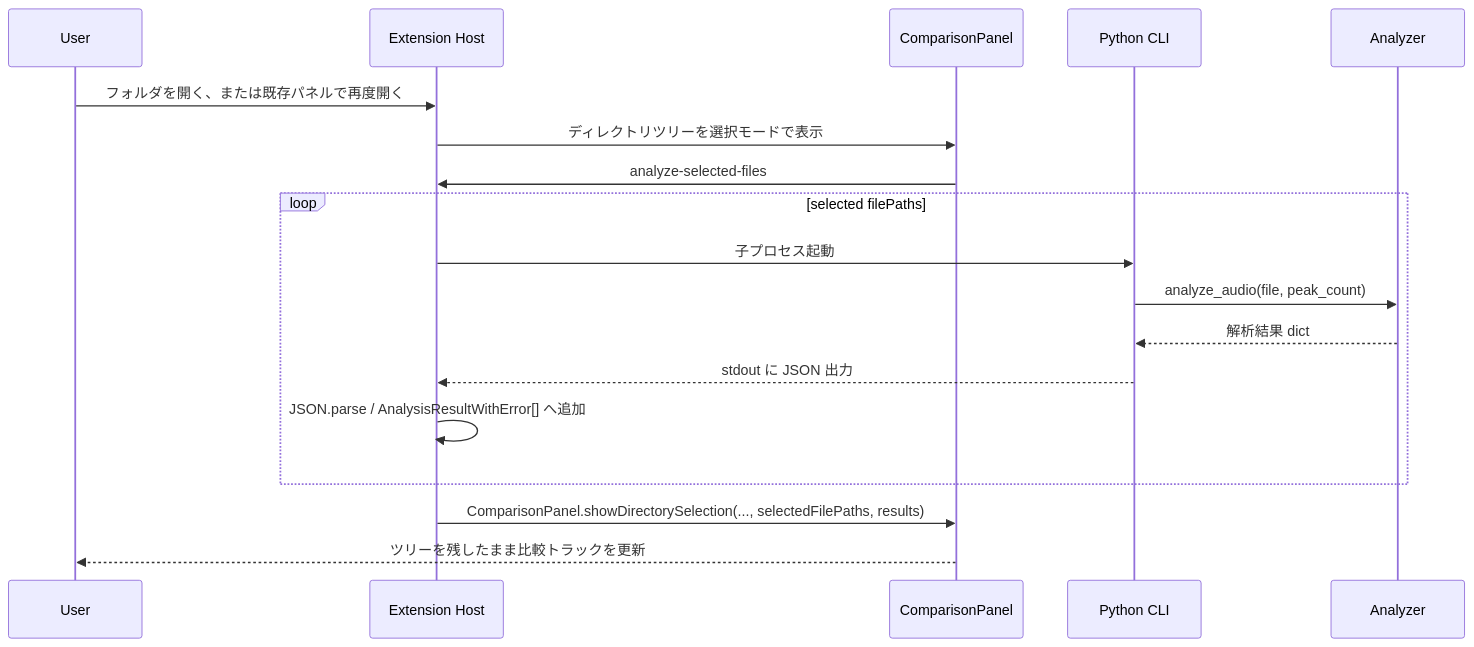
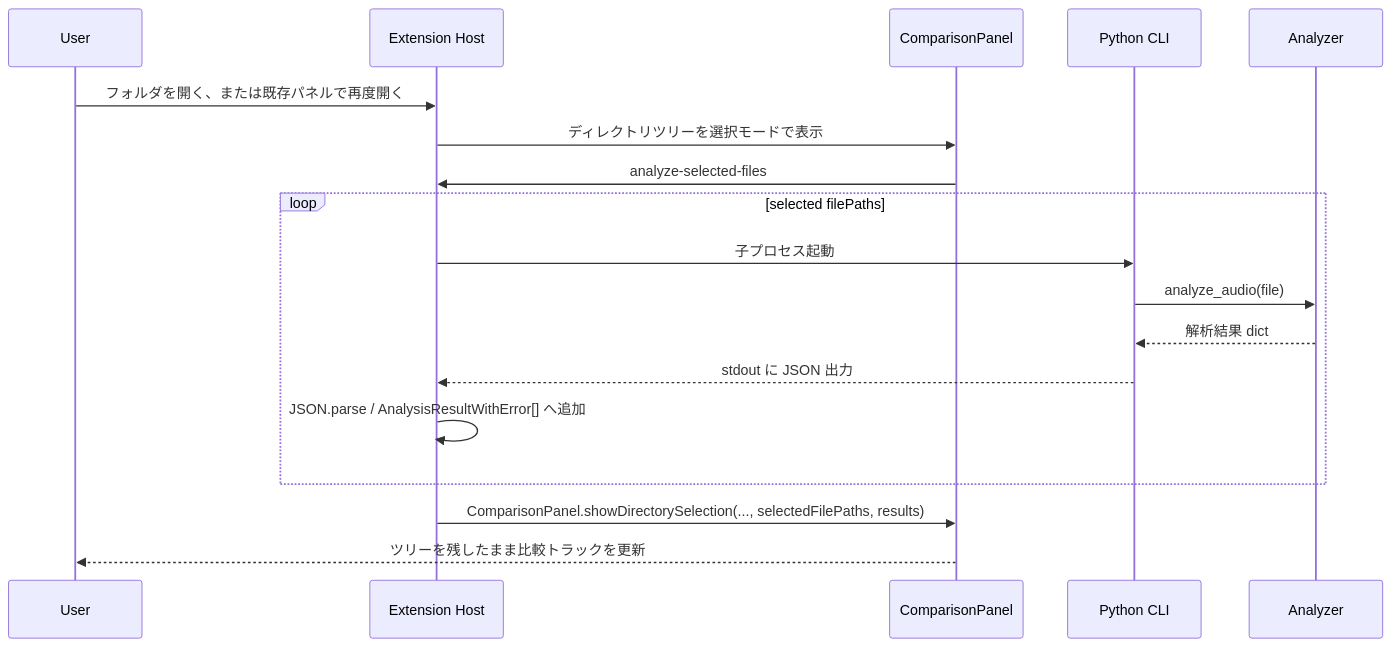
The fourth of 4 diagrams in docs/architecture.md (kasahart/audio-wandas-analyzer), drawn with Mermaid before and after one commit. The commit also changed other lines of this file and 39 other files, not shown here.

````diff
--- a/docs/architecture.md
+++ b/docs/architecture.md
@@ -260,21 +260,21 @@
 ```mermaid
 sequenceDiagram
     participant U as User
     participant E as Extension Host
     participant C as ComparisonPanel
     participant P as Python CLI
     participant A as Analyzer
 
     U->>E: フォルダを開く、または既存パネルで再度開く
     E->>C: ディレクトリツリーを選択モードで表示
     C->>E: analyze-selected-files
     loop selected filePaths
         E->>P: 子プロセス起動
-        P->>A: analyze_audio(file, peak_count)
+        P->>A: analyze_audio(file)
         A-->>P: 解析結果 dict
         P-->>E: stdout に JSON 出力
         E->>E: JSON.parse / AnalysisResultWithError[] へ追加
     end
     E->>C: ComparisonPanel.showDirectorySelection(..., selectedFilePaths, results)
     C-->>U: ツリーを残したまま比較トラックを更新
 ```
````
